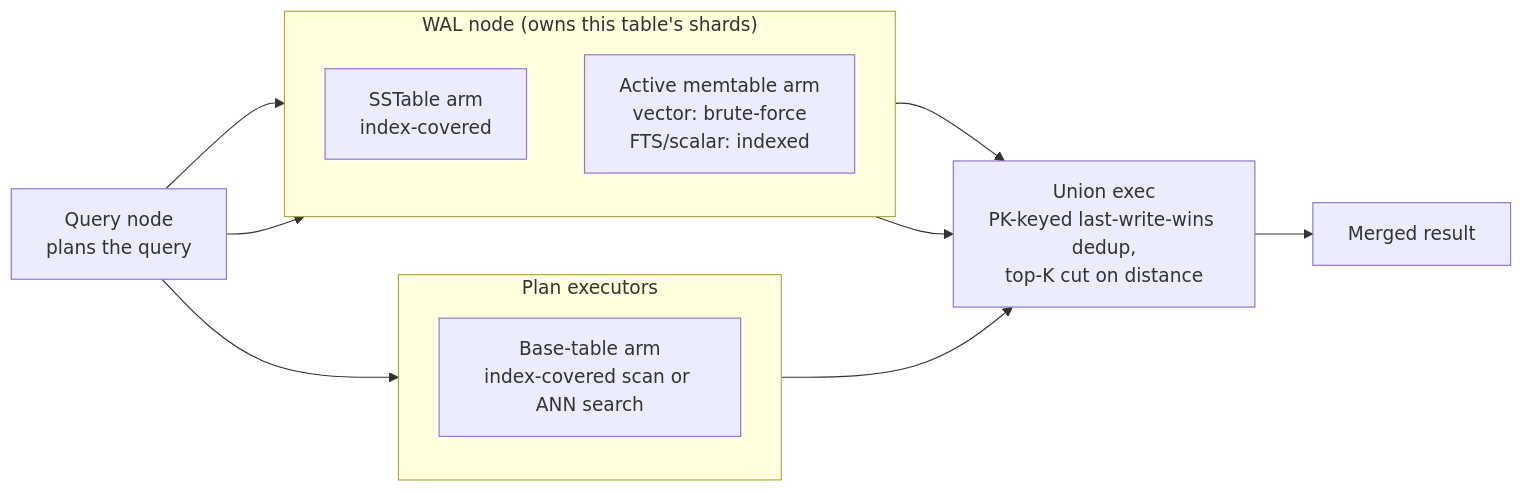
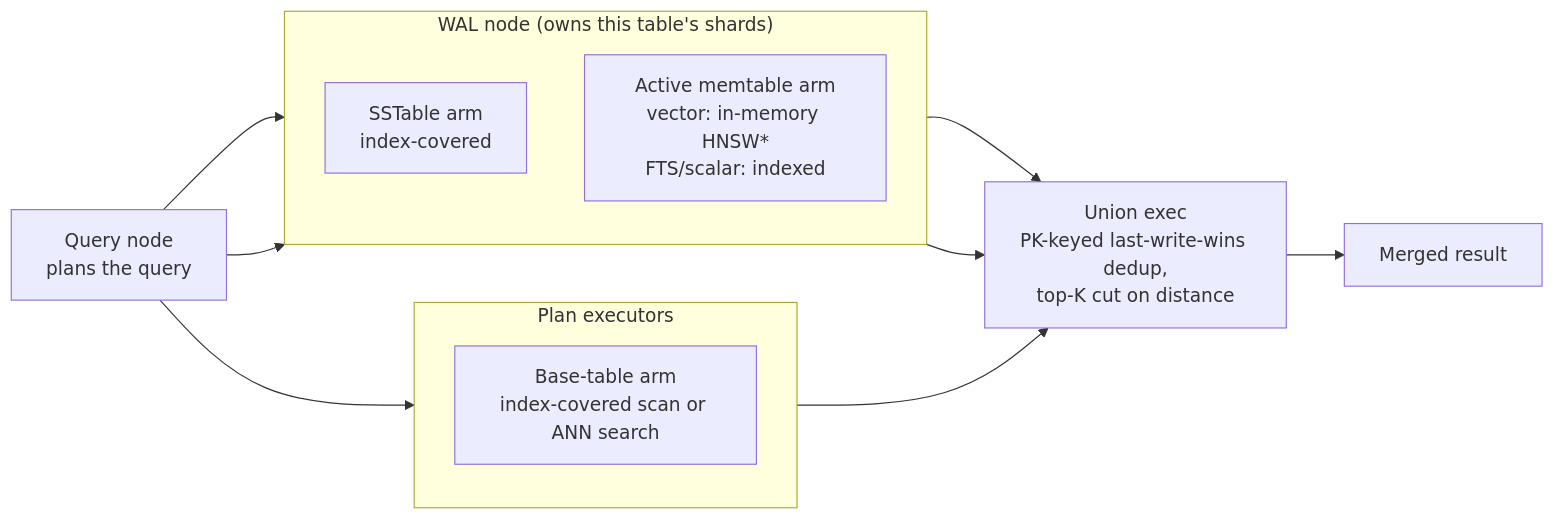
The diagram in docs/web/enterprise/distributed-real-time-read.mdx (lancedb/lancedb), drawn with Mermaid before and after one commit. The commit also changed other lines of this file and 47 other files, not shown here.

````diff
--- a/docs/web/enterprise/distributed-real-time-read.mdx
+++ b/docs/web/enterprise/distributed-real-time-read.mdx
@@ -20,25 +20,25 @@
 ```mermaid
 flowchart LR
     Q["Query node<br/>plans the query"]
 
     subgraph PE["Plan executors"]
     direction TB
     B1["Base-table arm<br/>index-covered scan or ANN search"]
     end
 
     subgraph WN["WAL node (owns this table's shards)"]
     direction TB
     W1["SSTable arm<br/>index-covered"]
-    W2["Active memtable arm<br/>vector: brute-force<br/>FTS/scalar: indexed"]
+    W2["Active memtable arm<br/>vector: in-memory HNSW*<br/>FTS/scalar: indexed"]
     end
 
     U["Union exec<br/>PK-keyed last-write-wins dedup,<br/>top-K cut on distance"]
 
     Q --> B1
     Q --> W1
     Q --> W2
     B1 --> U
     W1 --> U
     W2 --> U
     U --> R["Merged result"]
 ```
````
